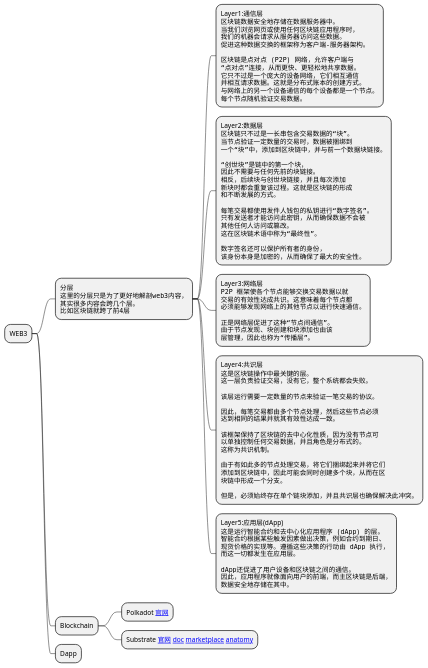
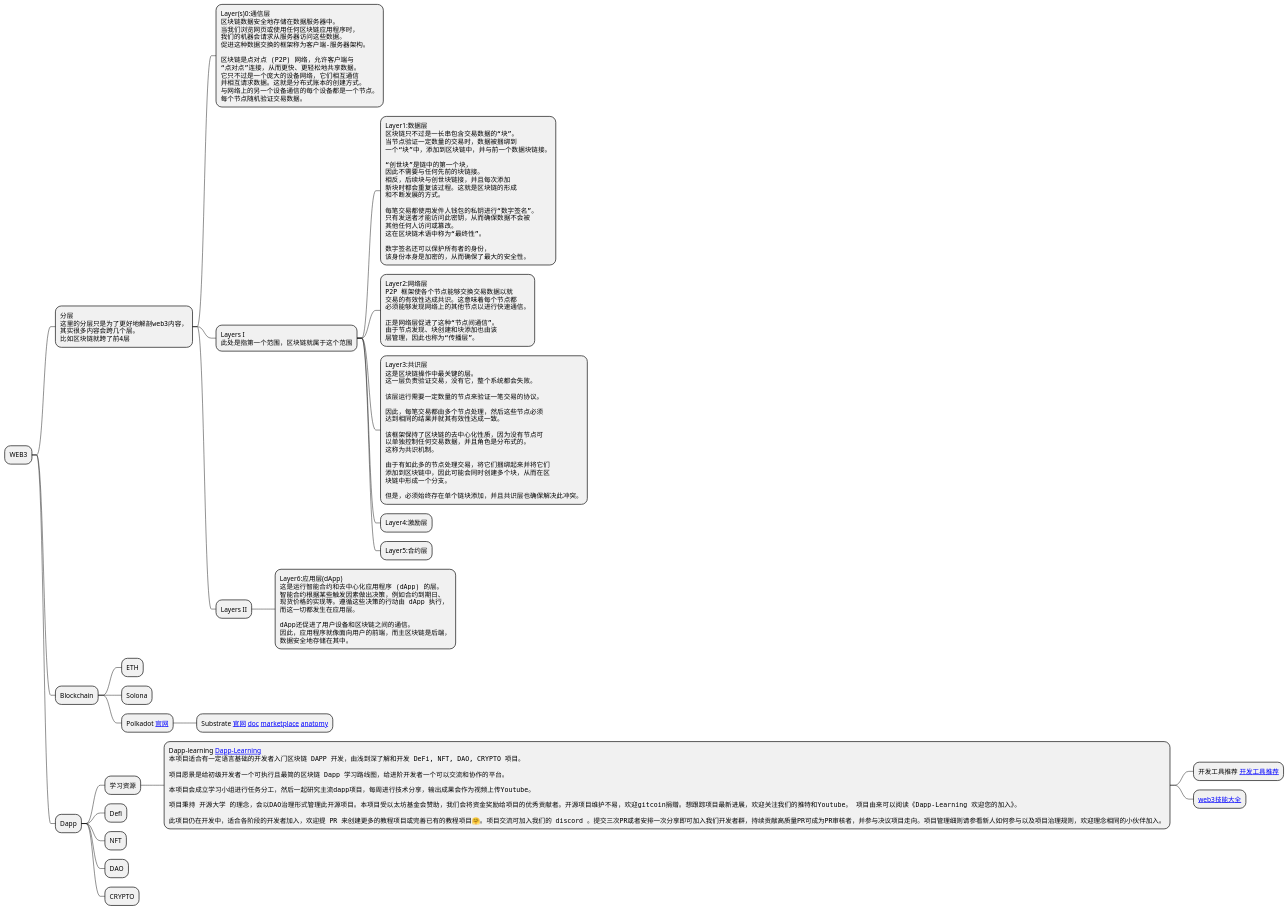
Before and after one commit to KuanHsiaoKuo/web3_galaxy: the diagram in materials/pumls/web3_galaxy.puml, drawn with PlantUML. The commit also changed 1 other file, not shown here.

```diff
--- a/materials/pumls/web3_galaxy.puml
+++ b/materials/pumls/web3_galaxy.puml
@@ -1,88 +1,116 @@
 @startmindmap
 * WEB3
 **:分层
 <code>
 这里的分层只是为了更好地解剖web3内容，
 其实很多内容会跨几个层。
 比如区块链就跨了前4层
 </code>;
-***:Layer1:通信层
+***:Layer(s)0:通信层
 <code>
 区块链数据安全地存储在数据服务器中。
 当我们浏览网页或使用任何区块链应用程序时，
 我们的机器会请求从服务器访问这些数据。
 促进这种数据交换的框架称为客户端-服务器架构。
 
 区块链是点对点 (P2P) 网络，允许客户端与
 “点对点”连接，从而更快、更轻松地共享数据。
 它只不过是一个庞大的设备网络，它们相互通信
 并相互请求数据。这就是分布式账本的创建方式。
 与网络上的另一个设备通信的每个设备都是一个节点。
 每个节点随机验证交易数据。
 </code>;
-***:Layer2:数据层
+***:Layers I
+<code>
+此处是指第一个范围，区块链就属于这个范围
+</code>;
+****:Layer1:数据层
 <code>
 区块链只不过是一长串包含交易数据的“块”。
 当节点验证一定数量的交易时，数据被捆绑到
 一个“块”中，添加到区块链中，并与前一个数据块链接。
 
 “创世块”是链中的第一个块，
 因此不需要与任何先前的块链接。
 相反，后续块与创世块链接，并且每次添加
 新块时都会重复该过程。这就是区块链的形成
 和不断发展的方式。
 
 每笔交易都使用发件人钱包的私钥进行“数字签名”。
 只有发送者才能访问此密钥，从而确保数据不会被
 其他任何人访问或篡改。
 这在区块链术语中称为“最终性”。
 
 数字签名还可以保护所有者的身份，
 该身份本身是加密的，从而确保了最大的安全性。
 </code>;
-***:Layer3:网络层
+****:Layer2:网络层
 <code>
 P2P 框架使各个节点能够交换交易数据以就
 交易的有效性达成共识。这意味着每个节点都
 必须能够发现网络上的其他节点以进行快速通信。
 
 正是网络层促进了这种“节点间通信”。
 由于节点发现、块创建和块添加也由该
 层管理，因此也称为“传播层”。
 </code>;
-***:Layer4:共识层
+****:Layer3:共识层
 <code>
 这是区块链操作中最关键的层。
 这一层负责验证交易，没有它，整个系统都会失败。
 
 该层运行需要一定数量的节点来验证一笔交易的协议。
 
 因此，每笔交易都由多个节点处理，然后这些节点必须
 达到相同的结果并就其有效性达成一致。
 
 该框架保持了区块链的去中心化性质，因为没有节点可
 以单独控制任何交易数据，并且角色是分布式的。
 这称为共识机制。
 
 由于有如此多的节点处理交易，将它们捆绑起来并将它们
 添加到区块链中，因此可能会同时创建多个块，从而在区
 块链中形成一个分支。
 
 但是，必须始终存在单个链块添加，并且共识层也确保解决此冲突。
 </code>;
-***:Layer5:应用层(dApp)
+**** Layer4:激励层
+**** Layer5:合约层
+*** Layers II
+****:Layer6:应用层(dApp)
 <code>
 这是运行智能合约和去中心化应用程序 (dApp) 的层。
 智能合约根据某些触发因素做出决策，例如合约到期日、
 现货价格的实现等。遵循这些决策的行动由 dApp 执行，
 而这一切都发生在应用层。
 
 dApp还促进了用户设备和区块链之间的通信。
 因此，应用程序就像面向用户的前端，而主区块链是后端，
 数据安全地存储在其中。
 </code>;
 ** Blockchain
+*** ETH
+*** Solona
 *** Polkadot [[https://polkadot.network/ 官网]]
-*** Substrate [[https://substrate.io/ 官网]] [[https://docs.substrate.io/?mode=dark doc]] [[https://marketplace.substrate.io/ marketplace]] [[https://kuanhsiaokuo.github.io/programming_anatomy_in_rust/layer5_ecosystem/7_business/blockchain/substrate/substrate_intro.html anatomy]]
+**** Substrate [[https://substrate.io/ 官网]] [[https://docs.substrate.io/?mode=dark doc]] [[https://marketplace.substrate.io/ marketplace]] [[https://kuanhsiaokuo.github.io/programming_anatomy_in_rust/layer5_ecosystem/7_business/blockchain/substrate/substrate_intro.html anatomy]]
 ** Dapp
+*** 学习资源
+****:Dapp-learning [[https://github.com/Dapp-Learning-DAO/Dapp-Learning/blob/main/README-CN.md Dapp-Learning]]
+<code>
+本项目适合有一定语言基础的开发者入门区块链 DAPP 开发，由浅到深了解和开发 DeFi, NFT, DAO, CRYPTO 项目。
+
+项目愿景是给初级开发者一个可执行且最简的区块链 Dapp 学习路线图，给进阶开发者一个可以交流和协作的平台。
+
+本项目会成立学习小组进行任务分工，然后一起研究主流dapp项目，每周进行技术分享，输出成果会作为视频上传Youtube。
+
+项目秉持 开源大学 的理念，会以DAO治理形式管理此开源项目。本项目受以太坊基金会赞助，我们会将资金奖励给项目的优秀贡献者。开源项目维护不易，欢迎gitcoin捐赠。想跟踪项目最新进展，欢迎关注我们的推特和Youtube。 项目由来可以阅读《Dapp-Learning 欢迎您的加入》。
+
+此项目仍在开发中，适合各阶段的开发者加入，欢迎提 PR 来创建更多的教程项目或完善已有的教程项目🤗。项目交流可加入我们的 discord 。提交三次PR或者安排一次分享即可加入我们开发者群，持续贡献高质量PR可成为PR审核者，并参与决议项目走向。项目管理细则请参看新人如何参与以及项目治理规则，欢迎理念相同的小伙伴加入。
+</code>;
+***** 开发工具推荐 [[https://github.com/Dapp-Learning-DAO/Dapp-Learning/blob/main/docs/develop-tools.md 开发工具推荐]]
+***** [[https://www.devpill.me/ web3技能大全]]
+*** Defi
+*** NFT
+*** DAO
+*** CRYPTO
 @endmindmap
```
